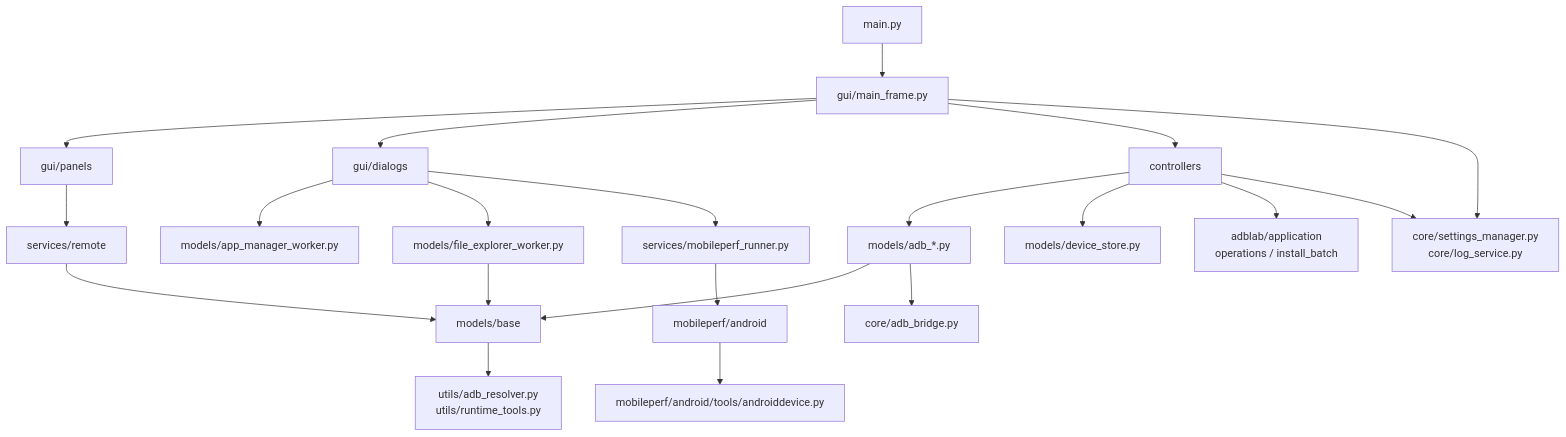
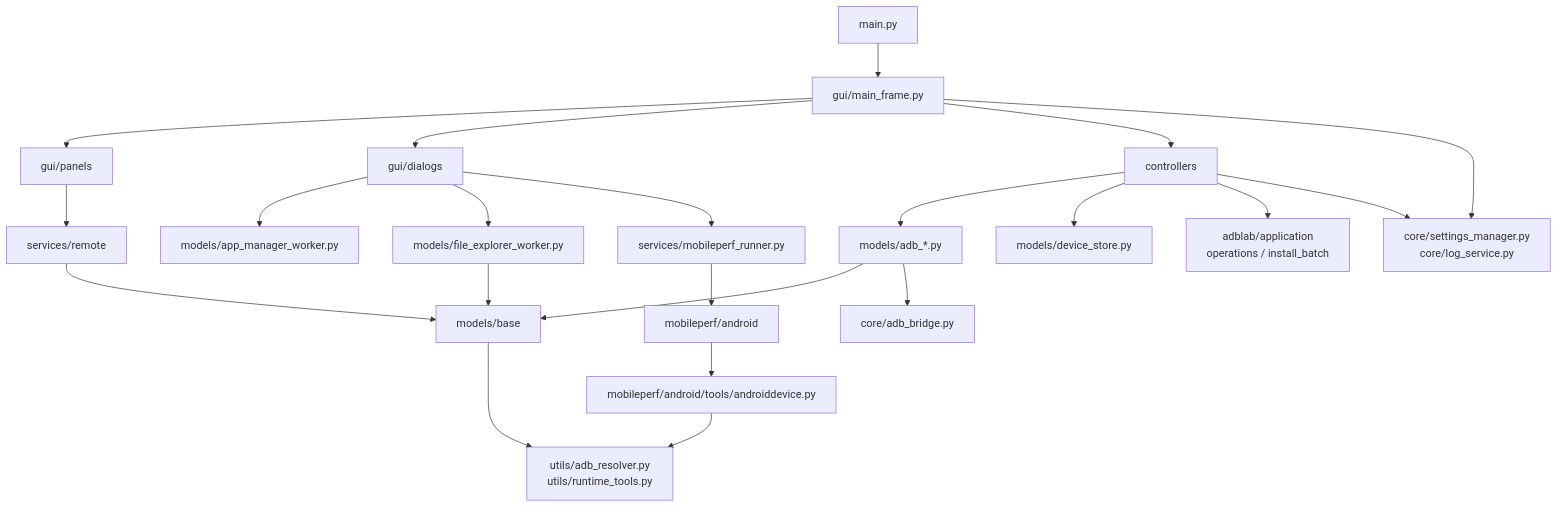
The first of 2 diagrams in docs/project-knowledge/DEPENDENCY_MAP.md (BlackHu-art/ADBLab), drawn with Mermaid before and after one commit. The commit also changed other lines of this file and 9 other files, not shown here.

````diff
--- a/docs/project-knowledge/DEPENDENCY_MAP.md
+++ b/docs/project-knowledge/DEPENDENCY_MAP.md
@@ -17,23 +17,24 @@
 ```mermaid
 flowchart TD
     Main["main.py"] --> GUI["gui/main_frame.py"]
     GUI --> Panels["gui/panels"]
     GUI --> Dialogs["gui/dialogs"]
     GUI --> Controllers["controllers"]
     Controllers --> ADBModels["models/adb_*.py"]
     Controllers --> Store["models/device_store.py"]
     Controllers --> UseCases["adblab/application<br/>operations / install_batch"]
     Panels --> Remote["services/remote"]
     Dialogs --> AppWorker["models/app_manager_worker.py"]
     Dialogs --> FileWorker["models/file_explorer_worker.py"]
     Dialogs --> MobileAdapter["services/mobileperf_runner.py"]
     ADBModels --> Base["models/base"]
     Remote --> Base
     FileWorker --> Base
     ADBModels --> Bridge["core/adb_bridge.py"]
     GUI --> Infra["core/settings_manager.py<br/>core/log_service.py"]
     Controllers --> Infra
     MobileAdapter --> MobileCore["mobileperf/android"]
     Base --> Utils["utils/adb_resolver.py<br/>utils/runtime_tools.py"]
     MobileCore --> MobileADB["mobileperf/android/tools/androiddevice.py"]
+    MobileADB --> Utils
 ```
````
